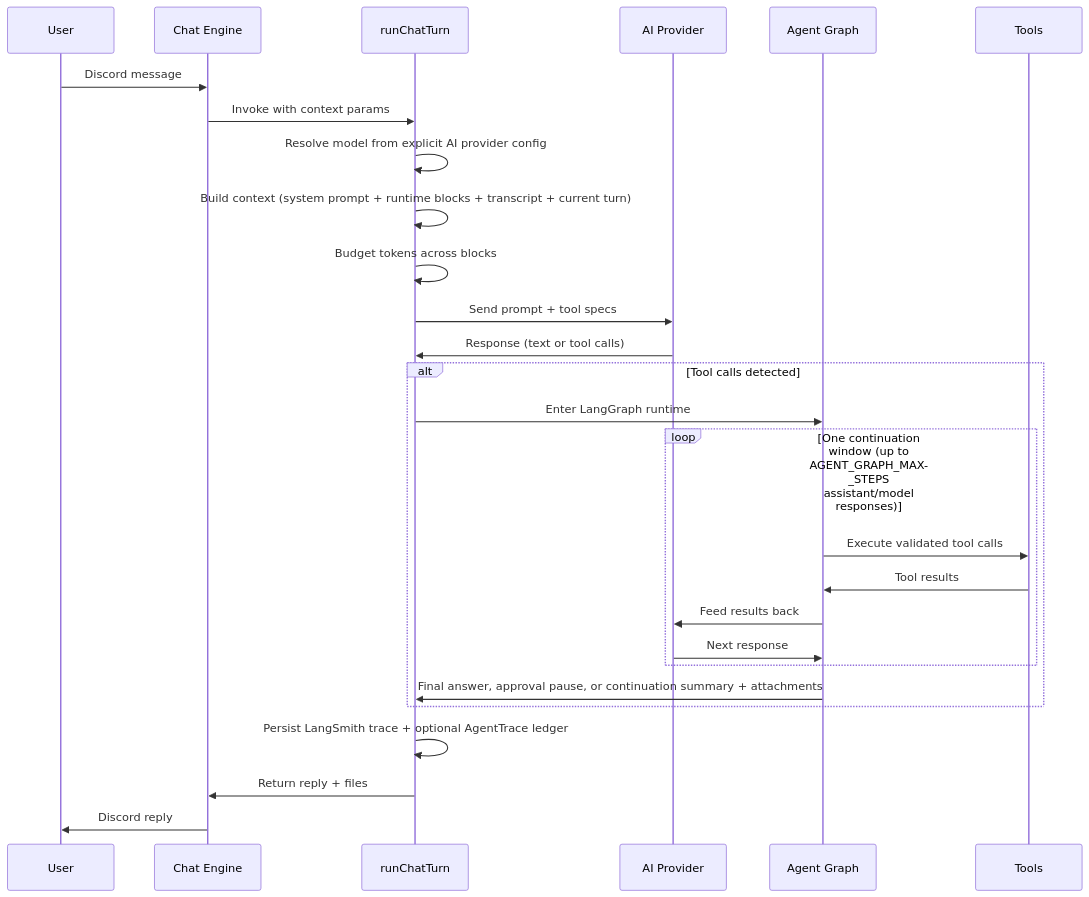
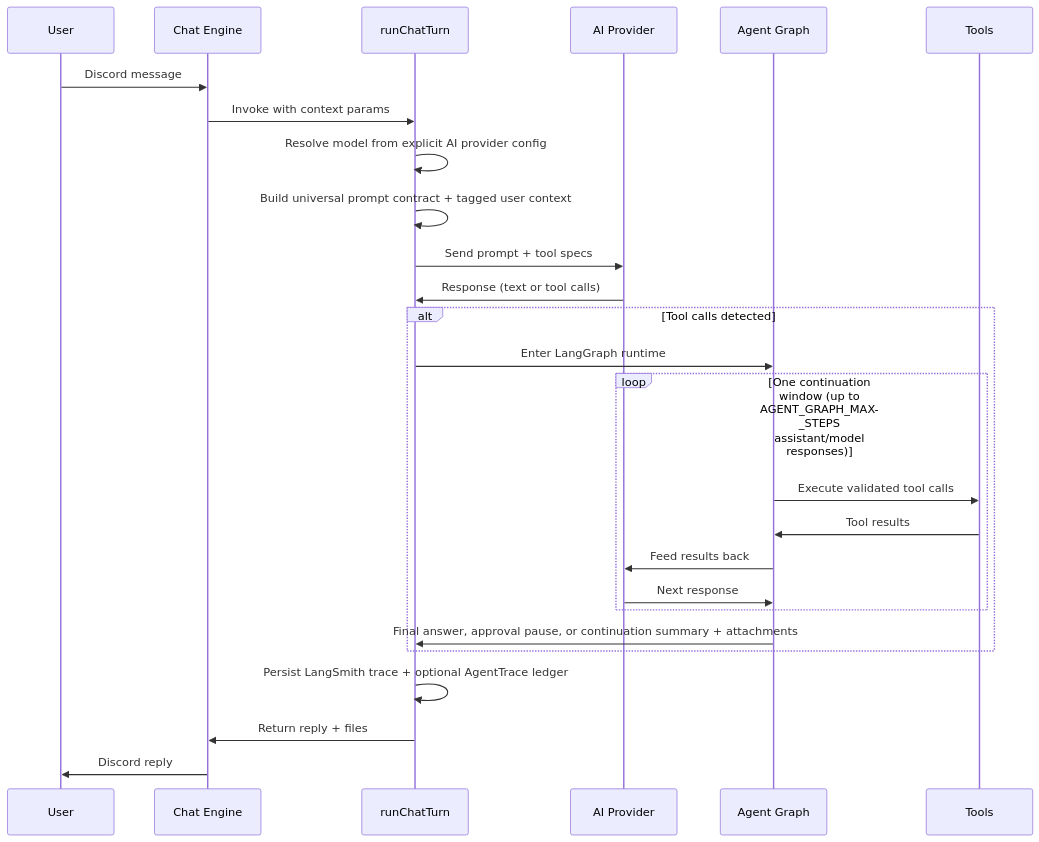
The second of 2 diagrams in docs/architecture/OVERVIEW.md (BokX1/Sage), drawn with Mermaid before and after one commit. The commit also changed other lines of this file and 26 other files, not shown here.

Commit message:
feat: harden prompt contract and graph closeout loop

````diff
--- a/docs/architecture/OVERVIEW.md
+++ b/docs/architecture/OVERVIEW.md
@@ -106,32 +102,31 @@
 ```mermaid
 sequenceDiagram
     participant U as User
     participant CE as Chat Engine
     participant RT as runChatTurn
     participant LLM as AI Provider
     participant AG as Agent Graph
     participant T as Tools
 
     U->>CE: Discord message
     CE->>RT: Invoke with context params
     RT->>RT: Resolve model from explicit AI provider config
-    RT->>RT: Build context (system prompt + runtime blocks + transcript + current turn)
-    RT->>RT: Budget tokens across blocks
+    RT->>RT: Build universal prompt contract + tagged user context
     RT->>LLM: Send prompt + tool specs
     LLM->>RT: Response (text or tool calls)
 
     alt Tool calls detected
         RT->>AG: Enter LangGraph runtime
         loop One continuation window (up to AGENT_GRAPH_MAX_STEPS assistant/model responses)
             AG->>T: Execute validated tool calls
             T->>AG: Tool results
             AG->>LLM: Feed results back
             LLM->>AG: Next response
         end
         AG->>RT: Final answer, approval pause, or continuation summary + attachments
     end
 
     RT->>RT: Persist LangSmith trace + optional AgentTrace ledger
     RT->>CE: Return reply + files
     CE->>U: Discord reply
 ```
````
